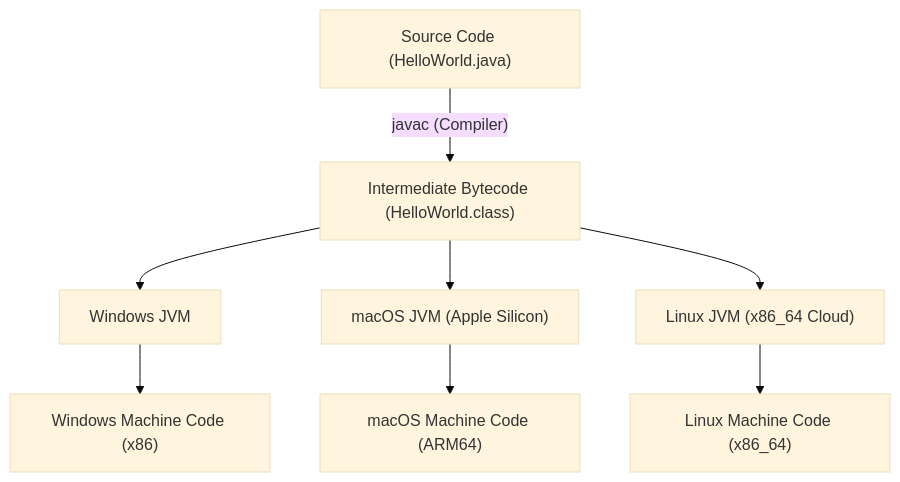
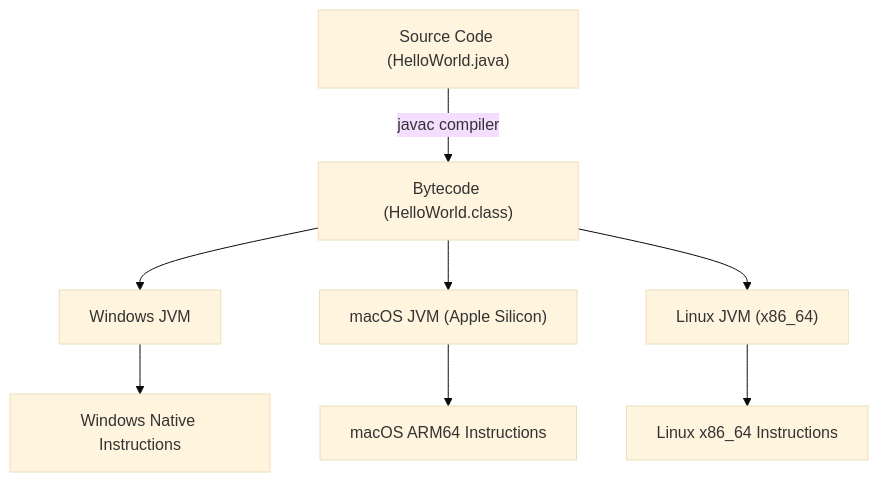
One commit to ravishankar2463/java_hub changed the second of 4 diagrams in content/roadmap/level-0/environment-setup.md. Above: the diagram before and after it, drawn with Mermaid (base theme). The commit also changed other lines of this file and 119 other files, not shown here.

Commit message:
feat: add comprehensive java learning roadmap content across multiple levels

````diff
--- a/content/roadmap/level-0/environment-setup.md
+++ b/content/roadmap/level-0/environment-setup.md
@@ -65,11 +57,11 @@
 ```mermaid
 flowchart TD
-    Src["Source Code (HelloWorld.java)"] -->|"javac (Compiler)"| BC["Intermediate Bytecode (HelloWorld.class)"]
-    BC --> JVM_Win["Windows JVM"]
-    BC --> JVM_Mac["macOS JVM (Apple Silicon)"]
-    BC --> JVM_Lin["Linux JVM (x86_64 Cloud)"]
-    
-    JVM_Win --> Win["Windows Machine Code (x86)"]
-    JVM_Mac --> Mac["macOS Machine Code (ARM64)"]
-    JVM_Lin --> Lin["Linux Machine Code (x86_64)"]
+    Src["Source Code (HelloWorld.java)"] -->|"javac compiler"| BC["Bytecode (HelloWorld.class)"]
+    BC --> WinJVM["Windows JVM"]
+    BC --> MacJVM["macOS JVM (Apple Silicon)"]
+    BC --> LinJVM["Linux JVM (x86_64)"]
+
+    WinJVM --> WinCPU["Windows Native Instructions"]
+    MacJVM --> MacCPU["macOS ARM64 Instructions"]
+    LinJVM --> LinCPU["Linux x86_64 Instructions"]
 ```
````
